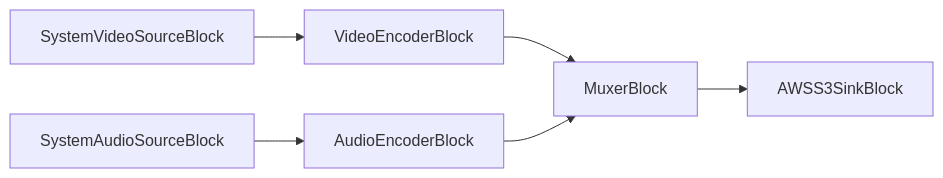
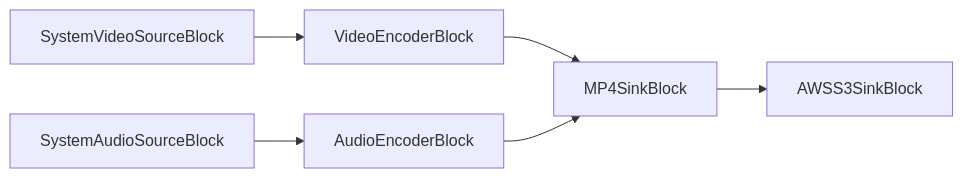
One commit to visioforge/help changed the diagram in dotnet/mediablocks/AWS/index.es.md. Above: the diagram before and after it, drawn with Mermaid. The commit also changed other lines of this file and 815 other files, not shown here.

````diff
--- a/dotnet/mediablocks/AWS/index.es.md
+++ b/dotnet/mediablocks/AWS/index.es.md
@@ -41,8 +63,8 @@
 ```mermaid
 graph LR;
     SystemVideoSourceBlock-->VideoEncoderBlock;
-    VideoEncoderBlock-->MuxerBlock;
+    VideoEncoderBlock-->MP4SinkBlock;
     SystemAudioSourceBlock-->AudioEncoderBlock;
-    AudioEncoderBlock-->MuxerBlock;
-    MuxerBlock-->AWSS3SinkBlock;
+    AudioEncoderBlock-->MP4SinkBlock;
+    MP4SinkBlock-->AWSS3SinkBlock;
 ```
````
